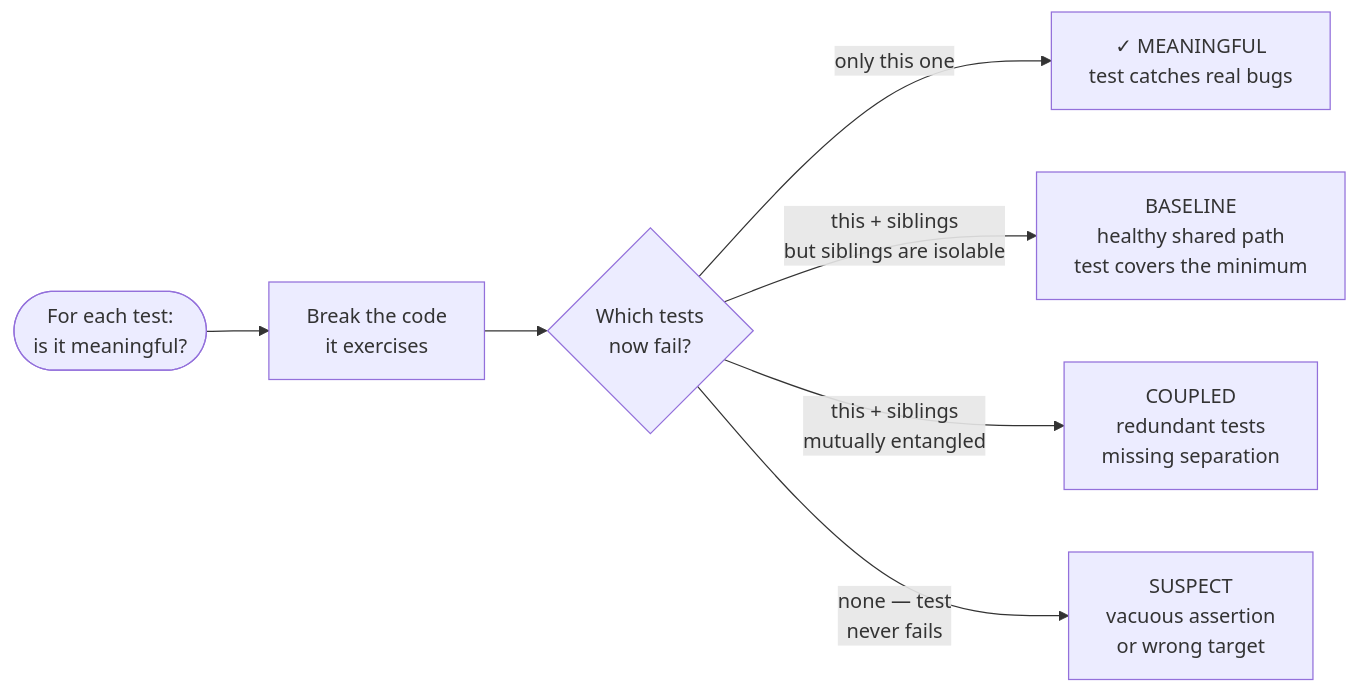
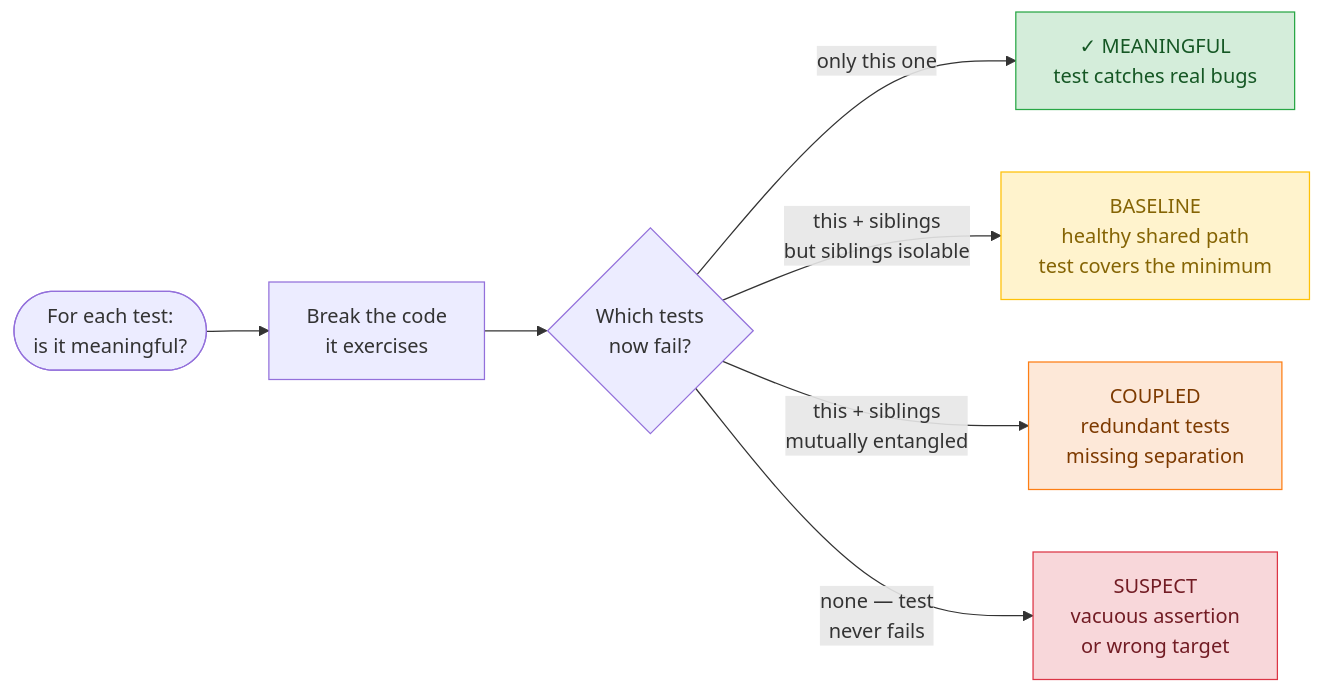
The first of 2 diagrams in test-meaningfulness/README.md (Khrol/skills), drawn with Mermaid before and after one commit. The commit also changed 1 other file, not shown here.

Commit message:
test-meaningfulness: color-code concept diagram outcomes

````diff
--- a/test-meaningfulness/README.md
+++ b/test-meaningfulness/README.md
@@ -7,14 +7,15 @@
 ```mermaid
 flowchart LR
-    Q([For each test:\nis it meaningful?]) --> M
-
-    M[Break the code\nit exercises] --> R{Which tests\nnow fail?}
+    Q([For each test:\nis it meaningful?]) --> M[Break the code\nit exercises]
+    M --> R{Which tests\nnow fail?}
 
     R -->|only this one| OK["✓ MEANINGFUL\ntest catches real bugs"]
+    R -->|this + siblings\nbut siblings isolable| BL["BASELINE\nhealthy shared path\ntest covers the minimum"]
+    R -->|this + siblings\nmutually entangled| CO["COUPLED\nredundant tests\nmissing separation"]
+    R -->|none — test\nnever fails| SU["SUSPECT\nvacuous assertion\nor wrong target"]
 
-    R -->|this + siblings\nbut siblings are isolable| BL["BASELINE\nhealthy shared path\ntest covers the minimum"]
-
-    R -->|this + siblings\nmutually entangled| CO["COUPLED\nredundant tests\nmissing separation"]
-
-    R -->|none — test\nnever fails| SU["SUSPECT\nvacuous assertion\nor wrong target"]
+    style OK fill:#d4edda,stroke:#28a745,color:#155724
+    style BL fill:#fff3cd,stroke:#ffc107,color:#856404
+    style CO fill:#fde8d8,stroke:#fd7e14,color:#7d3a00
+    style SU fill:#f8d7da,stroke:#dc3545,color:#721c24
 ```
````
